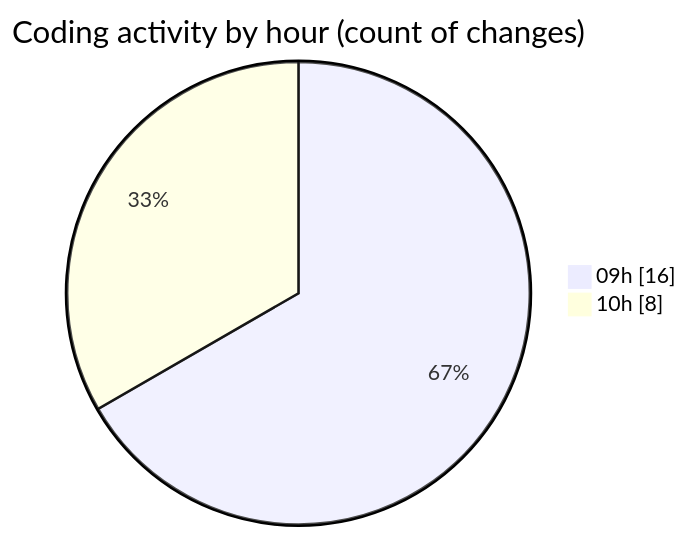
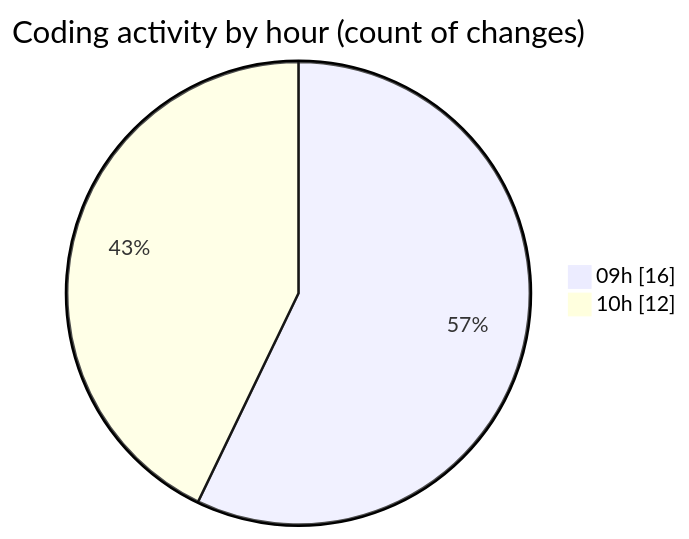
One commit to momahboobian/code-tracking changed the second of 2 diagrams in 2025-05-16/cda/README.md. Above: the diagram before and after it, drawn with Mermaid. The commit also changed other lines of this file and 1 other file, not shown here.

````diff
--- a/2025-05-16/cda/README.md
+++ b/2025-05-16/cda/README.md
@@ -39,6 +39,6 @@
 ```mermaid
 pie showData
 title Coding activity by hour (count of changes)
 "09h" : 16
-"10h" : 8
+"10h" : 12
 ```
````
